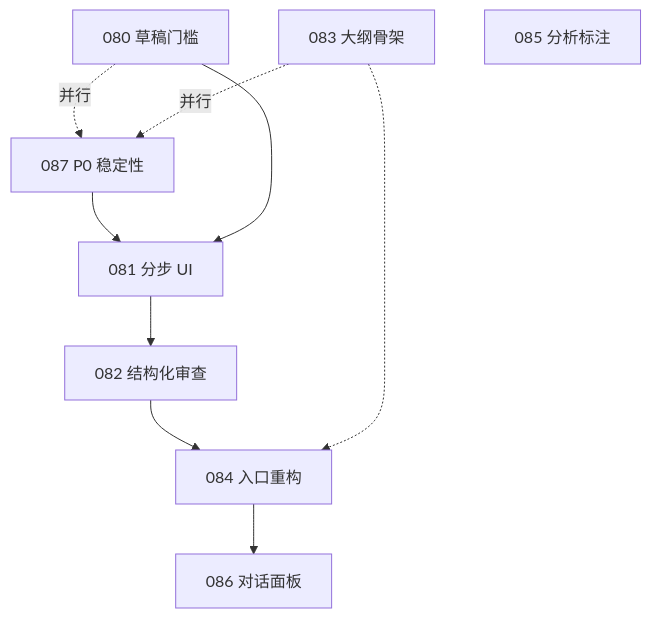
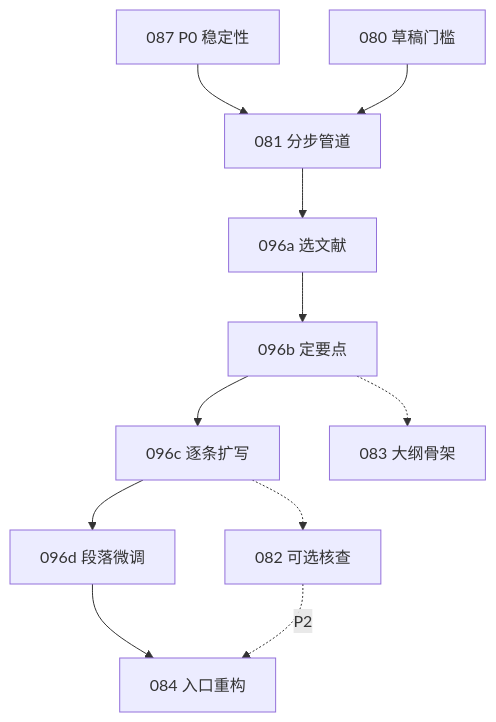
One commit to hyxhhh1013/AI-assisted-writing-system-for-agricultural-research changed the diagram in docs/plans/ENG-PR-080-human-in-the-loop.md. Above: the diagram before and after it, drawn with Mermaid. The commit also changed other lines of this file and 23 other files, not shown here.

````diff
--- a/docs/plans/ENG-PR-080-human-in-the-loop.md
+++ b/docs/plans/ENG-PR-080-human-in-the-loop.md
@@ -32,17 +37,20 @@
 ```mermaid
 flowchart TB
   E087[087 P0 稳定性]
   E080[080 草稿门槛]
+  E081[081 分步管道]
+  E096a[096a 选文献]
+  E096b[096b 定要点]
+  E096c[096c 逐条扩写]
+  E096d[096d 段落微调]
   E083[083 大纲骨架]
-  E081[081 分步 UI]
-  E082[082 结构化审查]
+  E082[082 可选核查]
   E084[084 入口重构]
-  E085[085 分析标注]
-  E086[086 对话面板]
   E087 --> E081
   E080 --> E081
-  E081 --> E082 --> E084 --> E086
-  E083 -.-> E084
-  E080 -.并行.-> E087
-  E083 -.并行.-> E087
+  E081 --> E096a --> E096b --> E096c --> E096d
+  E096b -.-> E083
+  E096c -.-> E082
+  E096d --> E084
+  E082 -.P2.-> E084
 ```
````
